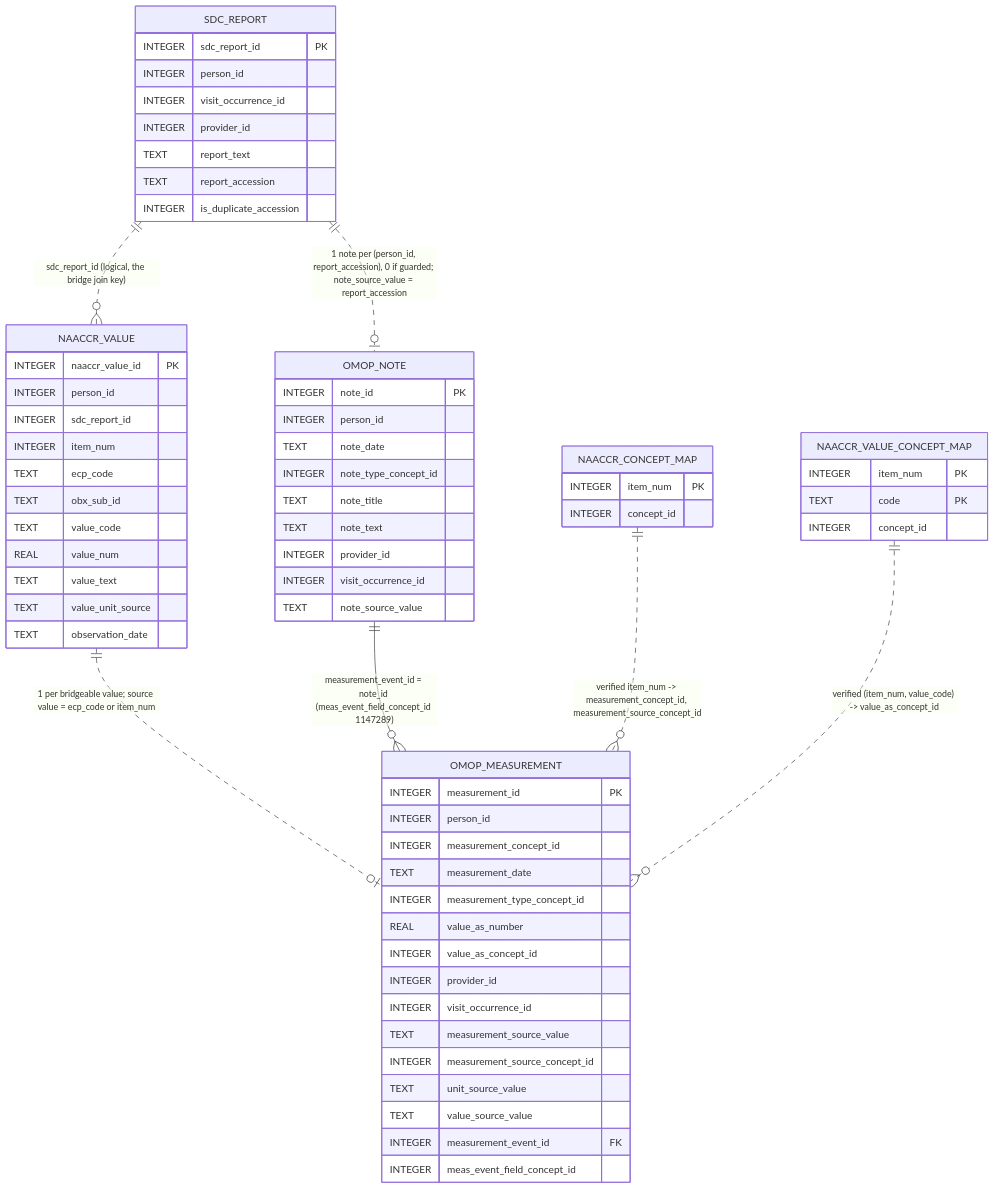
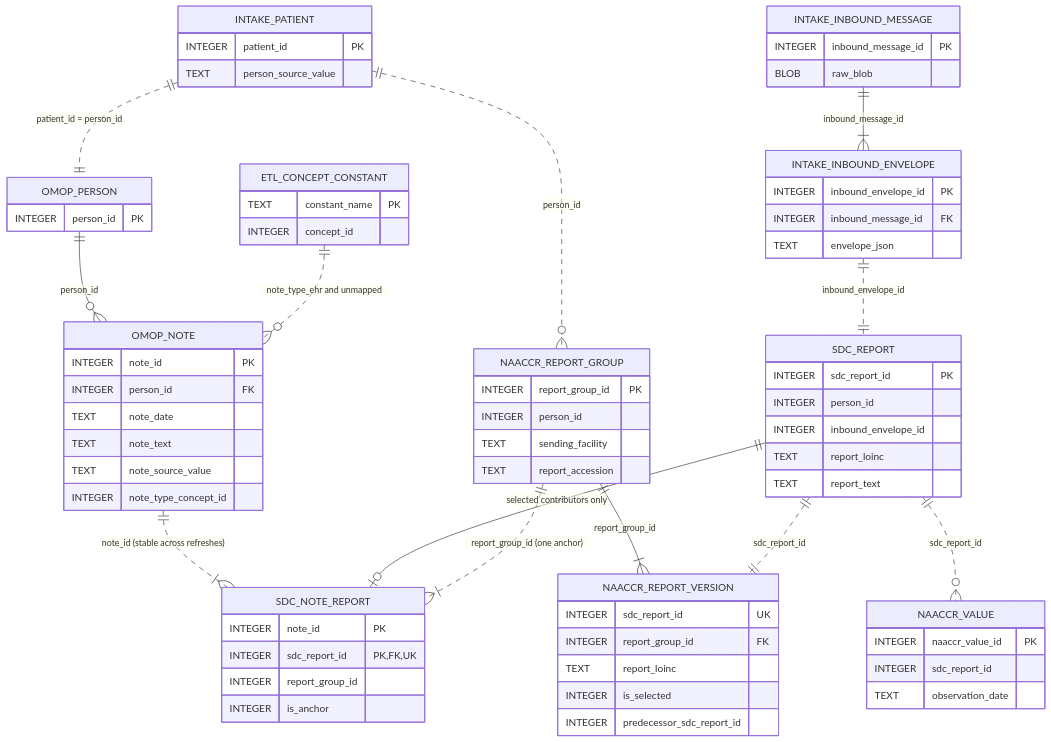
One commit to IHE-SDC-WG/SDC-CDM changed the diagram in diagrams/three-schema/naaccr-sdc-to-omop-bridge.mmd. Above: the diagram before and after it, drawn with Mermaid. The commit also changed 20 other files, not shown here.

Commit message:
Phase 4.2: combine selected reports into notes with provenance

```diff
--- a/diagrams/three-schema/naaccr-sdc-to-omop-bridge.mmd
+++ b/diagrams/three-schema/naaccr-sdc-to-omop-bridge.mmd
@@ -1,111 +1,87 @@
 erDiagram
-  %% The naaccr + sdc -> stock OMOP bridge.
-  %% Source of truth: database/etl/sqlite/1_naaccr_sdc_to_omop.sql
-  %% SQL Server equivalent: database/etl/sqlserver/1_naaccr_sdc_to_omop.sql.
-  %% Phase 0 test entry point: the Python SQL splitter executes this script directly.
-  %% Prose: database/SCHEMA_ARCHITECTURE.md "Back-reference WITHOUT a crosswalk".
-  %% Only the columns the bridge actually reads or writes are shown; entity names are
-  %% prefixed with their schema. Line style: solid (--) = enforced FK,
-  %% dotted (..) = logical pointer / key join with no enforced FK.
-  %% The bridge writes ONLY standard OMOP columns -- there is no crosswalk table, and
-  %% OMOP core gains no sdc_*/naaccr_* columns. Going from a measurement back to its
-  %% report is a key join, not a stored FK.
-  %% Two INSERTs:
-  %%   1. omop.note        -- one row per (person_id, report_accession).
-  %%   2. omop.measurement -- one row per bridgeable naaccr_value, anchored to that note.
-  %% Constants the ETL hardcodes (an ERD cannot express these). All three must exist in
-  %% omop.concept before bridging or the FKs fail. Phase 0 bridge tests seed them directly:
-  %%   note.note_type_concept_id               = 32817   "EHR"
-  %%   measurement.measurement_type_concept_id = 32879   "Registry"
-  %%   measurement.meas_event_field_concept_id = 1147289 "note.note_id" -- marks
-  %%     measurement_event_id as pointing at note.note_id, and is the filter every
-  %%     read-back query uses.
-  %% Rows that never bridge (the four guards):
-  %%   - sdc_report.report_accession IS NULL or ''
-  %%   - sdc_report.is_duplicate_accession != 0   (re-imported message)
-  %%   - sdc_report.person_id IS NULL
-  %%   - naaccr_value.sdc_report_id IS NULL
-  %% Idempotency is occurrence-aware: for each (sdc_report_id, item_num, ecp_code, value_code,
-  %% value_num, value_text, value_unit_source) tuple the bridge ROW_NUMBER()s the source rows and inserts only those
-  %% beyond the COUNT(*) already in omop.measurement. So legitimate duplicate identical
-  %% values are preserved, re-runs are no-ops, and partial loads self-repair.
-  %% Because each import stamps its value rows with its own report id, a re-imported
-  %% message's values point at a duplicate-flagged report and can never double-count.
+  %% Manifest bridge through Phase 4.2, both SQLite and SQL Server.
+  %% Source: database/etl/{sqlite,sqlserver}/{1_person_and_period,2_note}.sql
+  %% Solid (--) = enforced FK; dotted (..) = logical cross-schema reference.
+  %% No repository-specific columns are added to stock OMOP.
+  %% Every selected group has one note; accession alone is never an identity key.
+  %% Anchor order: synoptic, other non-narrative, narrative; lowest report ID wins ties.
+  %% Text: first non-empty selected narrative, anchor text, report-kind placeholder.
+  %% Date: earliest anchor value observation day, then anchor envelope report day.
+  %% Required dates and accession length are checked before note writes.
+  %% Late complementary reports retain note_id and reconcile contributors + anchor.
+  %% Supersession of a bridged group refreshes the full bridge atomically with selection.
+  %% Measurements and observations are added in Phase 4.3. The excluded pre-rebuild
+  %% bridge is tested separately and must not run on this bridge's database.
+
+  INTAKE_PATIENT {
+    INTEGER patient_id PK
+    TEXT person_source_value
+  }
+  INTAKE_INBOUND_MESSAGE {
+    INTEGER inbound_message_id PK
+    BLOB raw_blob
+  }
+  INTAKE_INBOUND_ENVELOPE {
+    INTEGER inbound_envelope_id PK
+    INTEGER inbound_message_id FK
+    TEXT envelope_json
+  }
+  NAACCR_REPORT_GROUP {
+    INTEGER report_group_id PK
+    INTEGER person_id
+    TEXT sending_facility
+    TEXT report_accession
+  }
+  NAACCR_REPORT_VERSION {
+    INTEGER sdc_report_id UK
+    INTEGER report_group_id FK
+    TEXT report_loinc
+    INTEGER is_selected
+    INTEGER predecessor_sdc_report_id
+  }
   SDC_REPORT {
     INTEGER sdc_report_id PK
     INTEGER person_id
-    INTEGER visit_occurrence_id
-    INTEGER provider_id
+    INTEGER inbound_envelope_id
+    TEXT report_loinc
     TEXT report_text
-    TEXT report_accession
-    INTEGER is_duplicate_accession
   }
-
   NAACCR_VALUE {
     INTEGER naaccr_value_id PK
-    INTEGER person_id
     INTEGER sdc_report_id
-    INTEGER item_num
-    TEXT ecp_code
-    TEXT obx_sub_id
-    TEXT value_code
-    REAL value_num
-    TEXT value_text
-    TEXT value_unit_source
     TEXT observation_date
   }
-
-  NAACCR_CONCEPT_MAP {
-    INTEGER item_num PK
+  SDC_NOTE_REPORT {
+    INTEGER note_id PK
+    INTEGER sdc_report_id PK,FK,UK
+    INTEGER report_group_id
+    INTEGER is_anchor
+  }
+  OMOP_PERSON {
+    INTEGER person_id PK
+  }
+  OMOP_NOTE {
+    INTEGER note_id PK
+    INTEGER person_id FK
+    TEXT note_date
+    TEXT note_text
+    TEXT note_source_value
+    INTEGER note_type_concept_id
+  }
+  ETL_CONCEPT_CONSTANT {
+    TEXT constant_name PK
     INTEGER concept_id
   }
 
-  NAACCR_VALUE_CONCEPT_MAP {
-    INTEGER item_num PK
-    TEXT code PK
-    INTEGER concept_id
-  }
-
-  %% Written by INSERT 1. note_source_value carries the report accession -- this is the
-  %% only back-reference to sdc.sdc_report.
-  OMOP_NOTE {
-    INTEGER note_id PK
-    INTEGER person_id
-    TEXT note_date
-    INTEGER note_type_concept_id
-    TEXT note_title
-    TEXT note_text
-    INTEGER provider_id
-    INTEGER visit_occurrence_id
-    TEXT note_source_value
-  }
-
-  %% Written by INSERT 2. measurement_source_value carries the full CAP ecp_code
-  %% or the verified NAACCR item number; coded answers land in value_as_concept_id and numeric answers in
-  %% value_as_number. value_source_value carries companion text when present,
-  %% otherwise it carries the raw code.
-  OMOP_MEASUREMENT {
-    INTEGER measurement_id PK
-    INTEGER person_id
-    INTEGER measurement_concept_id
-    TEXT measurement_date
-    INTEGER measurement_type_concept_id
-    REAL value_as_number
-    INTEGER value_as_concept_id
-    INTEGER provider_id
-    INTEGER visit_occurrence_id
-    TEXT measurement_source_value
-    INTEGER measurement_source_concept_id
-    TEXT unit_source_value
-    TEXT value_source_value
-    INTEGER measurement_event_id FK
-    INTEGER meas_event_field_concept_id
-  }
-
-  %% Relationships
-  SDC_REPORT ||..o{ NAACCR_VALUE : "sdc_report_id (logical, the bridge join key)"
-  SDC_REPORT ||..o| OMOP_NOTE : "1 note per (person_id, report_accession), 0 if guarded; note_source_value = report_accession"
-  NAACCR_VALUE ||..o| OMOP_MEASUREMENT : "1 per bridgeable value; source value = ecp_code or item_num"
-  OMOP_NOTE ||--o{ OMOP_MEASUREMENT : "measurement_event_id = note_id (meas_event_field_concept_id 1147289)"
-  NAACCR_CONCEPT_MAP ||..o{ OMOP_MEASUREMENT : "verified item_num -> measurement_concept_id, measurement_source_concept_id"
-  NAACCR_VALUE_CONCEPT_MAP ||..o{ OMOP_MEASUREMENT : "verified (item_num, value_code) -> value_as_concept_id"
+  INTAKE_PATIENT ||..|| OMOP_PERSON : "patient_id = person_id"
+  INTAKE_PATIENT ||..o{ NAACCR_REPORT_GROUP : "person_id"
+  NAACCR_REPORT_GROUP ||--|{ NAACCR_REPORT_VERSION : "report_group_id"
+  SDC_REPORT ||..|| NAACCR_REPORT_VERSION : "sdc_report_id"
+  SDC_REPORT ||..o{ NAACCR_VALUE : "sdc_report_id"
+  INTAKE_INBOUND_MESSAGE ||--|{ INTAKE_INBOUND_ENVELOPE : "inbound_message_id"
+  INTAKE_INBOUND_ENVELOPE ||..|| SDC_REPORT : "inbound_envelope_id"
+  OMOP_PERSON ||--o{ OMOP_NOTE : "person_id"
+  OMOP_NOTE ||..|{ SDC_NOTE_REPORT : "note_id (stable across refreshes)"
+  SDC_REPORT ||--o| SDC_NOTE_REPORT : "selected contributors only"
+  NAACCR_REPORT_GROUP ||..|{ SDC_NOTE_REPORT : "report_group_id (one anchor)"
+  ETL_CONCEPT_CONSTANT ||..o{ OMOP_NOTE : "note_type_ehr and unmapped"
```
